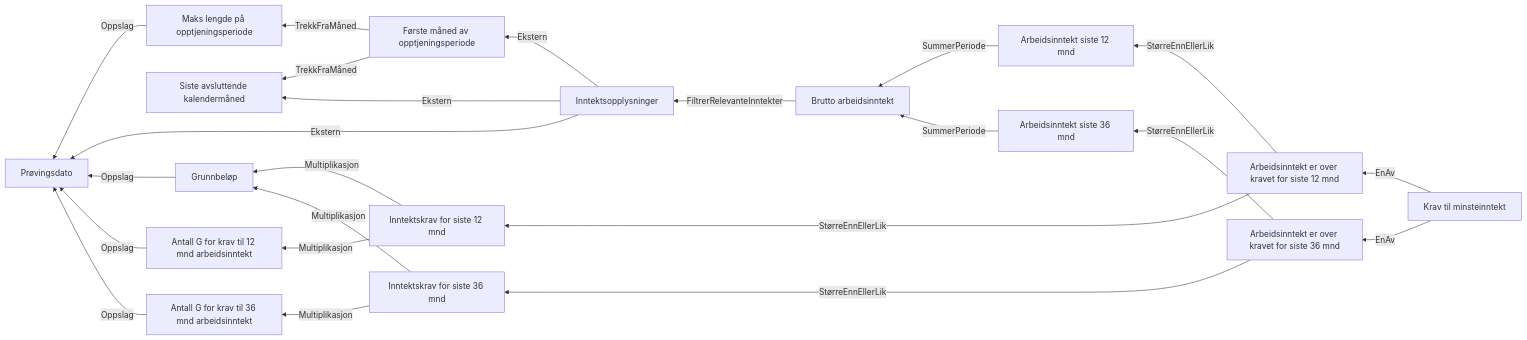
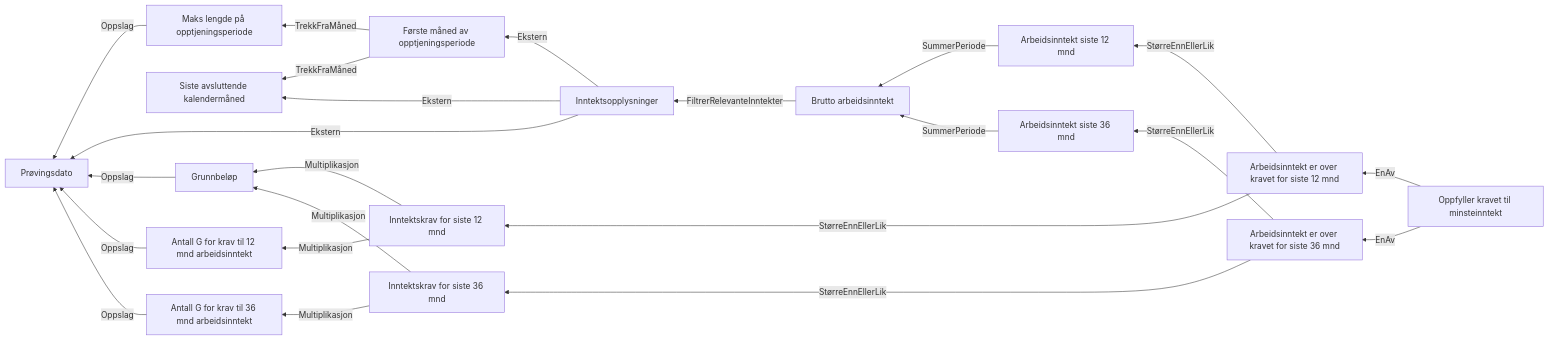
Before and after one commit to navikt/dp-behandling: the diagram in docs/regler/§ 4-4. Krav til minsteinntekt.approved.md, drawn with Mermaid. The commit also changed 11 other files, not shown here.

Commit message:
Bytt navn på opplysningen for kravet på minsteinntekt

````diff
--- a/docs/regler/§ 4-4. Krav til minsteinntekt.approved.md
+++ b/docs/regler/§ 4-4. Krav til minsteinntekt.approved.md
@@ -5,25 +5,25 @@
 ```mermaid
 graph RL
   A["Maks lengde på opptjeningsperiode"] -->|"Oppslag"| B["Prøvingsdato"]
   C["Første måned av opptjeningsperiode"] -->|"TrekkFraMåned"| D["Siste avsluttende kalendermåned"]
   C["Første måned av opptjeningsperiode"] -->|"TrekkFraMåned"| A["Maks lengde på opptjeningsperiode"]
   E["Inntektsopplysninger"] -->|"Ekstern"| B["Prøvingsdato"]
   E["Inntektsopplysninger"] -->|"Ekstern"| D["Siste avsluttende kalendermåned"]
   E["Inntektsopplysninger"] -->|"Ekstern"| C["Første måned av opptjeningsperiode"]
   F["Brutto arbeidsinntekt"] -->|"FiltrerRelevanteInntekter"| E["Inntektsopplysninger"]
   G["Grunnbeløp"] -->|"Oppslag"| B["Prøvingsdato"]
   H["Arbeidsinntekt siste 12 mnd"] -->|"SummerPeriode"| F["Brutto arbeidsinntekt"]
   I["Antall G for krav til 12 mnd arbeidsinntekt"] -->|"Oppslag"| B["Prøvingsdato"]
   J["Inntektskrav for siste 12 mnd"] -->|"Multiplikasjon"| G["Grunnbeløp"]
   J["Inntektskrav for siste 12 mnd"] -->|"Multiplikasjon"| I["Antall G for krav til 12 mnd arbeidsinntekt"]
   K["Arbeidsinntekt er over kravet for siste 12 mnd"] -->|"StørreEnnEllerLik"| H["Arbeidsinntekt siste 12 mnd"]
   K["Arbeidsinntekt er over kravet for siste 12 mnd"] -->|"StørreEnnEllerLik"| J["Inntektskrav for siste 12 mnd"]
   L["Arbeidsinntekt siste 36 mnd"] -->|"SummerPeriode"| F["Brutto arbeidsinntekt"]
   M["Antall G for krav til 36 mnd arbeidsinntekt"] -->|"Oppslag"| B["Prøvingsdato"]
   N["Inntektskrav for siste 36 mnd"] -->|"Multiplikasjon"| G["Grunnbeløp"]
   N["Inntektskrav for siste 36 mnd"] -->|"Multiplikasjon"| M["Antall G for krav til 36 mnd arbeidsinntekt"]
   O["Arbeidsinntekt er over kravet for siste 36 mnd"] -->|"StørreEnnEllerLik"| L["Arbeidsinntekt siste 36 mnd"]
   O["Arbeidsinntekt er over kravet for siste 36 mnd"] -->|"StørreEnnEllerLik"| N["Inntektskrav for siste 36 mnd"]
-  P["Krav til minsteinntekt"] -->|"EnAv"| K["Arbeidsinntekt er over kravet for siste 12 mnd"]
-  P["Krav til minsteinntekt"] -->|"EnAv"| O["Arbeidsinntekt er over kravet for siste 36 mnd"]
+  P["Oppfyller kravet til minsteinntekt"] -->|"EnAv"| K["Arbeidsinntekt er over kravet for siste 12 mnd"]
+  P["Oppfyller kravet til minsteinntekt"] -->|"EnAv"| O["Arbeidsinntekt er over kravet for siste 36 mnd"]
 ```
````
